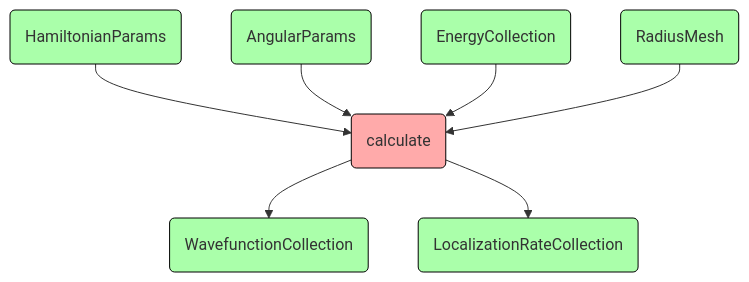
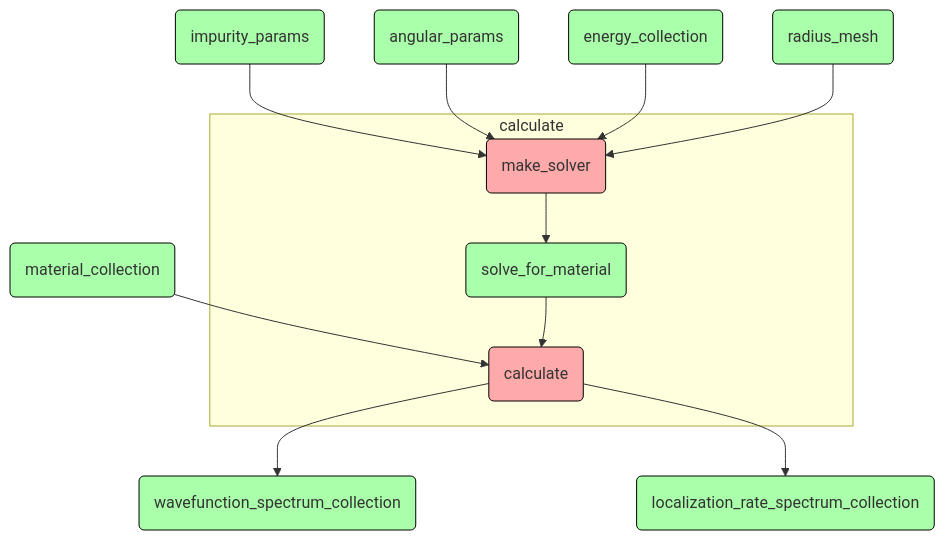
One commit to MaksimZh/hw changed the third of 7 diagrams in 04_design_vision/design_vision.md. Above: the diagram before and after it, drawn with Mermaid. The commit also changed other lines of this file, not shown here.

````diff
--- a/04_design_vision/design_vision.md
+++ b/04_design_vision/design_vision.md
@@ -21,14 +107,19 @@
 ```mermaid
 graph TD;
-    ham(HamiltonianParams) --> calc(calculate)
-    ang(AngularParams) --> calc
-    en(EnergyCollection) --> calc
-    rad(RadiusMesh) --> calc
-    calc --> wf(WavefunctionCollection)
-    calc --> lr(LocalizationRateCollection)
+    imp(impurity_params) --> make(make_solver)
+    ang(angular_params) --> make
+    en(energy_collection) --> make
+    rad(radius_mesh) --> make
+    mat(material_collection) --> calc(calculate)
+    subgraph calculate
+        make --> solver(solve_for_material)
+        solver --> calc
+    end
+    calc --> wf(wavefunction_spectrum_collection)
+    calc --> lr(localization_rate_spectrum_collection)
 
+    classDef data fill:#afa, stroke:#000
     classDef proc fill:#faa, stroke:#000
-    classDef data fill:#afa, stroke:#000
-    class ham,ang,en,rad,wf,lr data
-    class calc proc
+    class imp,ang,en,rad,mat,solver,wf,lr data
+    class make,calc proc
 ```
````
